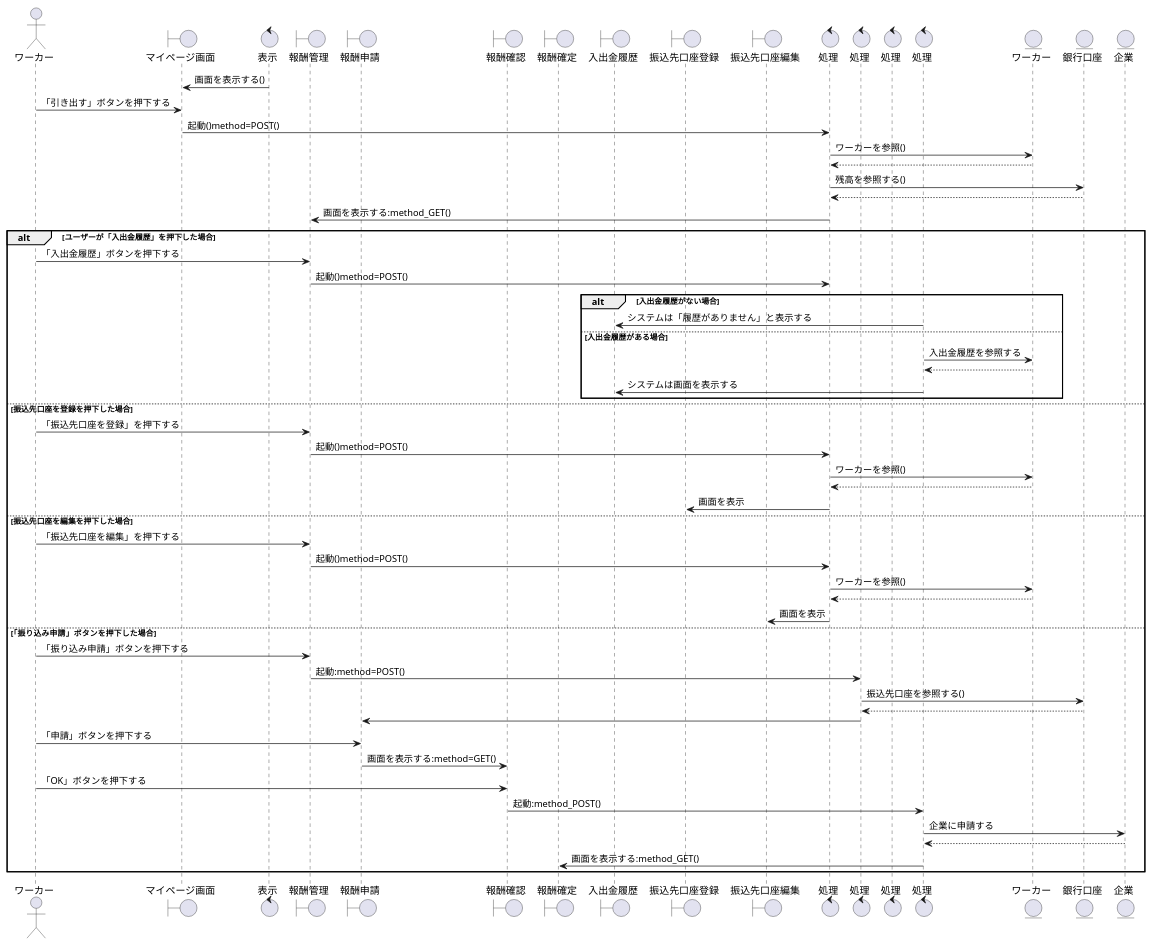
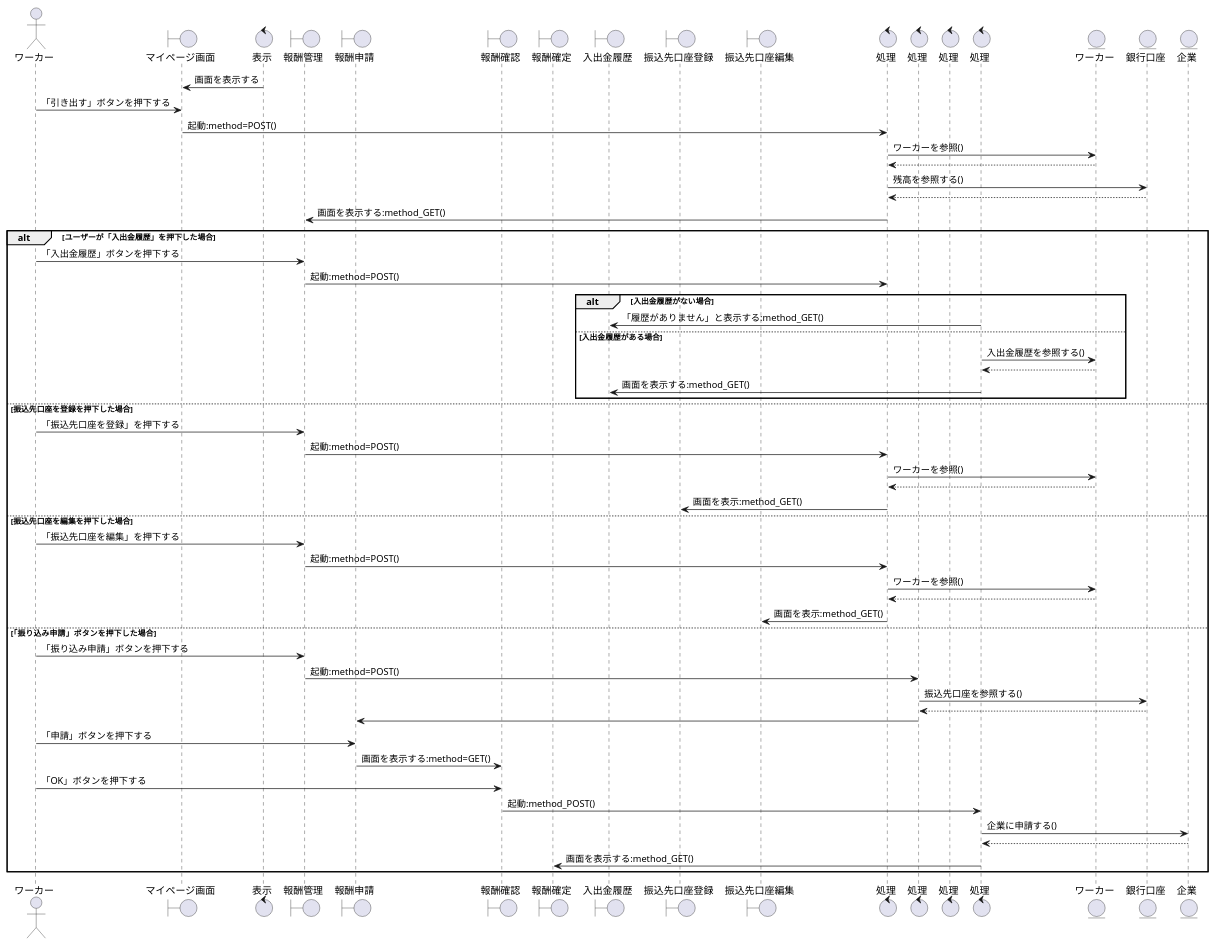
One commit to irukacb256/high_Me changed the diagram in sequence_fig/7_acconts_fn/03_ウォレット残高を引き出す.pu. Above: the diagram before and after it, drawn with PlantUML. The commit also changed 26 other files, not shown here.

```diff
--- a/sequence_fig/7_acconts_fn/03_ウォレット残高を引き出す.pu
+++ b/sequence_fig/7_acconts_fn/03_ウォレット残高を引き出す.pu
@@ -1,81 +1,81 @@
 @startuml ウォレット残高を引き出す
 
 ' 1
 actor ワーカー as wo1
 
 boundary マイページ画面 as bo1
 control 表示 as co1
 boundary 報酬管理 as bo2
 boundary 報酬申請 as bo3 
 boundary 報酬確認 as bo4
 boundary 報酬確定 as bo5
 boundary 入出金履歴 as bo6
 boundary 振込先口座登録 as bo7
 boundary 振込先口座編集 as bo8
 
 control 処理 as co2
 control 処理 as co3
 control 処理 as co4
 control 処理 as co5
 
 entity ワーカー as en1
 entity 銀行口座 as en2
 entity 企業 as en3
 
 
-co1 -> bo1 : 画面を表示する()
+co1 -> bo1 : 画面を表示する
 wo1 -> bo1 :「引き出す」ボタンを押下する
-bo1 -> co2 : 起動()method=POST()
+bo1 -> co2 : 起動:method=POST()
 co2 -> en1 : ワーカーを参照()
 en1 --> co2
 co2 -> en2 : 残高を参照する()
 co2 <-- en2
 co2 -> bo2 : 画面を表示する:method_GET()
 
 alt ユーザーが「入出金履歴」を押下した場合
   wo1 -> bo2 :「入出金履歴」ボタンを押下する
-  bo2 -> co2 : 起動()method=POST()
+  bo2 -> co2 : 起動:method=POST()
 
   alt 入出金履歴がない場合
-    co5 -> bo6 : システムは「履歴がありません」と表示する
+    co5 -> bo6 : 「履歴がありません」と表示する:method_GET()
   
   else 入出金履歴がある場合
-    co5 -> en1 : 入出金履歴を参照する
+    co5 -> en1 : 入出金履歴を参照する()
     co5 <-- en1
-    co5 -> bo6 : システムは画面を表示する
+    co5 -> bo6 : 画面を表示する:method_GET()
 
   end
 
   else 振込先口座を登録を押下した場合
     wo1 -> bo2 : 「振込先口座を登録」を押下する
-    bo2 -> co2 : 起動()method=POST()
+    bo2 -> co2 : 起動:method=POST()
     co2 -> en1 : ワーカーを参照()
     en1 --> co2
-    co2 -> bo7 : 画面を表示
+    co2 -> bo7 : 画面を表示:method_GET()
 
   else 振込先口座を編集を押下した場合
     wo1 -> bo2 : 「振込先口座を編集」を押下する
-    bo2 -> co2 : 起動()method=POST()
+    bo2 -> co2 : 起動:method=POST()
     co2 -> en1 : ワーカーを参照()
     en1 --> co2
-    co2 -> bo8 : 画面を表示
+    co2 -> bo8 : 画面を表示:method_GET()
 
 
 
 else  「振り込み申請」ボタンを押下した場合
   wo1 -> bo2 :「振り込み申請」ボタンを押下する
   bo2 -> co3 : 起動:method=POST()
   co3 -> en2 : 振込先口座を参照する()
   co3 <-- en2
   co3 -> bo3
   wo1 -> bo3 : 「申請」ボタンを押下する
   bo3 -> bo4 : 画面を表示する:method=GET()
   wo1 -> bo4 : 「OK」ボタンを押下する
   bo4 -> co5 : 起動:method_POST()
-  co5 -> en3 : 企業に申請する
+  co5 -> en3 : 企業に申請する()
   co5 <-- en3
   co5 -> bo5 : 画面を表示する:method_GET()
 
 end
 
 @enduml
```
